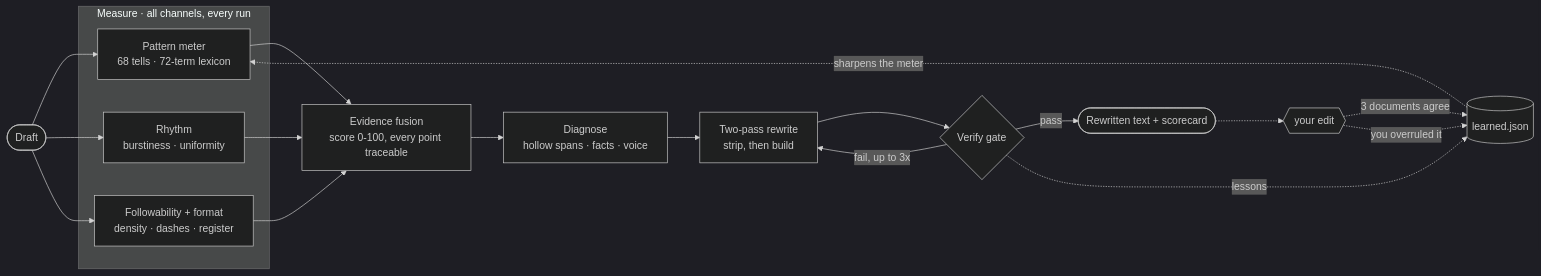
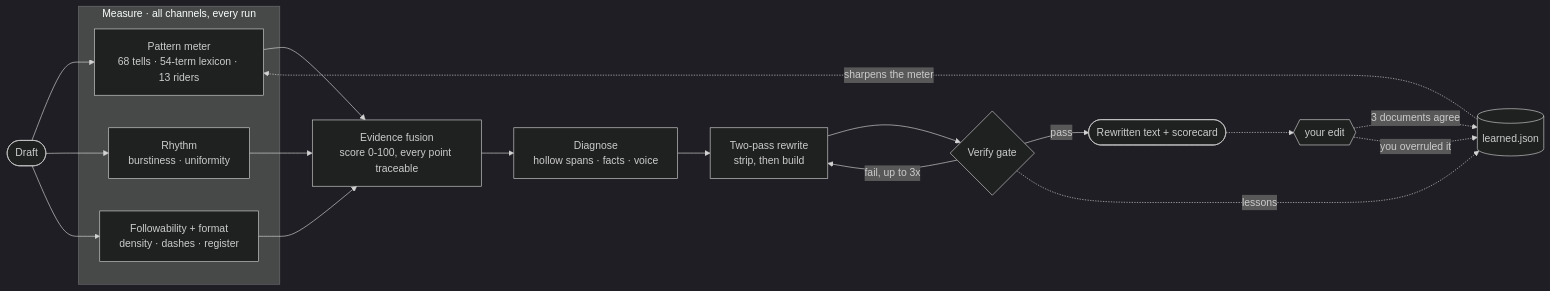
Before and after one commit to manavmishra/ZeroSlop: the diagram in README.md, drawn with Mermaid (dark theme). The commit also changed other lines of this file and 13 other files, not shown here.

````diff
--- a/README.md
+++ b/README.md
@@ -243,20 +244,20 @@
 ```mermaid
 flowchart LR
     D([Draft]) --> PM & RH & FF
     subgraph Measure["Measure · all channels, every run"]
-      PM[Pattern meter<br/>68 tells · 72-term lexicon]
+      PM[Pattern meter<br/>68 tells · 54-term lexicon · 13 riders]
       RH[Rhythm<br/>burstiness · uniformity]
       FF[Followability + format<br/>density · dashes · register]
     end
     PM & RH & FF --> F[Evidence fusion<br/>score 0-100, every point traceable]
     F --> J[Diagnose<br/>hollow spans · facts · voice]
     J --> W[Two-pass rewrite<br/>strip, then build]
     W --> G{Verify gate}
     G -- pass --> O([Rewritten text + scorecard])
     G -- "fail, up to 3x" --> W
     G -. lessons .-> L[(learned.json)]
     L -. sharpens the meter .-> PM
     O -.-> R{{"your edit"}}
     R -. "3 documents agree" .-> L
     R -. "you overruled it" .-> L
 ```
````
